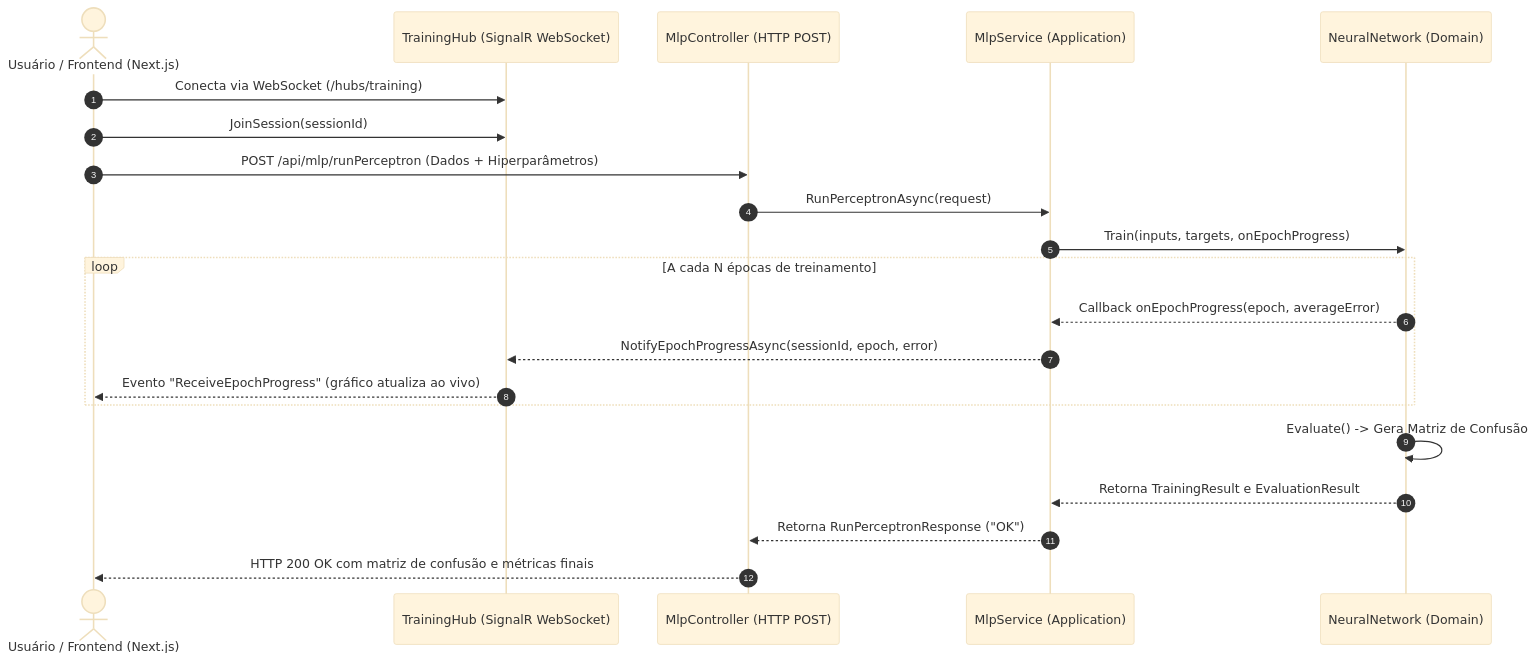
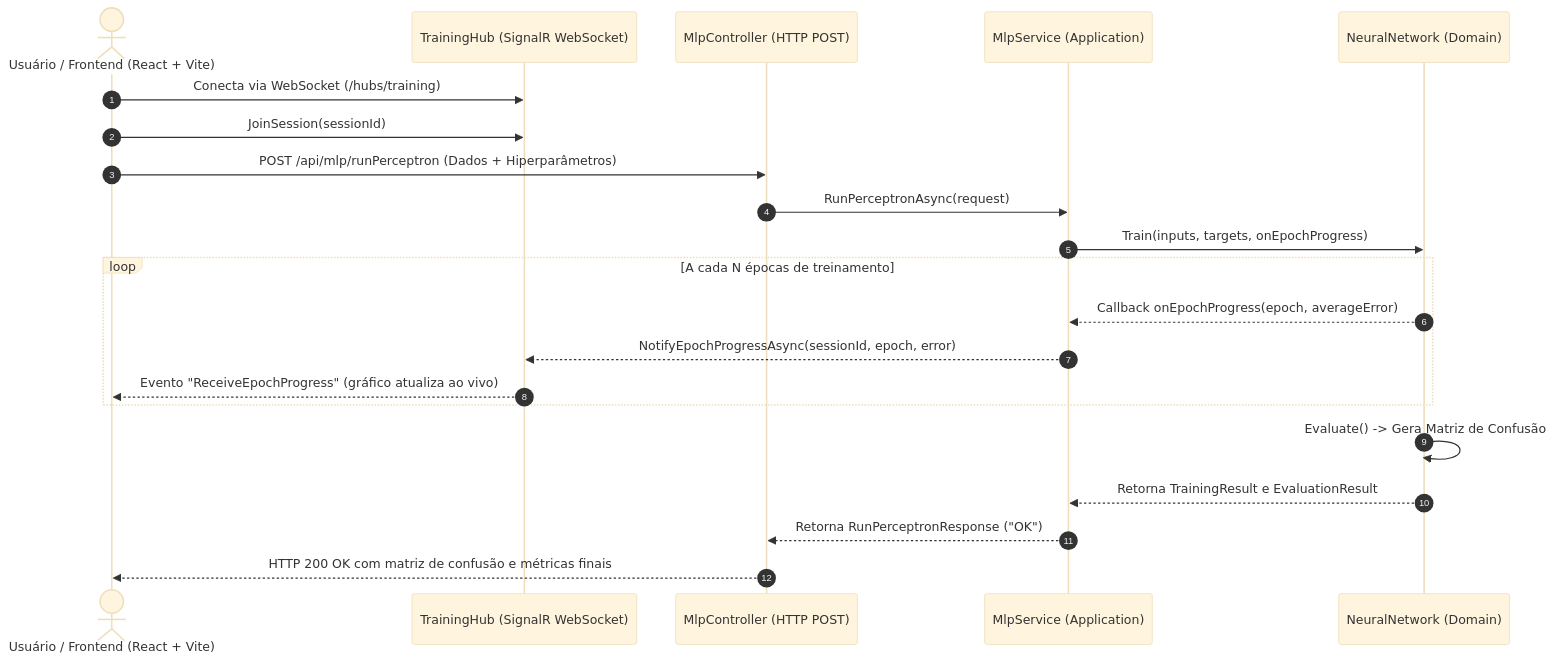
The second of 2 diagrams in backend/README.md (JoaoVitorDiass/mlp-neural-network-visualizer), drawn with Mermaid (base theme) before and after one commit. The commit also changed other lines of this file and 1 other file, not shown here.

Commit message:
docs: harmonize backend and frontend READMEs with wizard flow and 16 tests

````diff
--- a/backend/README.md
+++ b/backend/README.md
@@ -88,26 +88,26 @@
 ```mermaid
 sequenceDiagram
     autonumber
-    actor User as Usuário / Frontend (Next.js)
+    actor User as Usuário / Frontend (React + Vite)
     participant Hub as TrainingHub (SignalR WebSocket)
     participant API as MlpController (HTTP POST)
     participant Service as MlpService (Application)
     participant Core as NeuralNetwork (Domain)
 
     User->>Hub: Conecta via WebSocket (/hubs/training)
     User->>Hub: JoinSession(sessionId)
     User->>API: POST /api/mlp/runPerceptron (Dados + Hiperparâmetros)
     API->>Service: RunPerceptronAsync(request)
     Service->>Core: Train(inputs, targets, onEpochProgress)
 
     loop A cada N épocas de treinamento
         Core-->>Service: Callback onEpochProgress(epoch, averageError)
         Service-->>Hub: NotifyEpochProgressAsync(sessionId, epoch, error)
         Hub-->>User: Evento "ReceiveEpochProgress" (gráfico atualiza ao vivo)
     end
 
     Core->>Core: Evaluate() -> Gera Matriz de Confusão
     Core-->>Service: Retorna TrainingResult e EvaluationResult
     Service-->>API: Retorna RunPerceptronResponse ("OK")
     API-->>User: HTTP 200 OK com matriz de confusão e métricas finais
 ```
````
